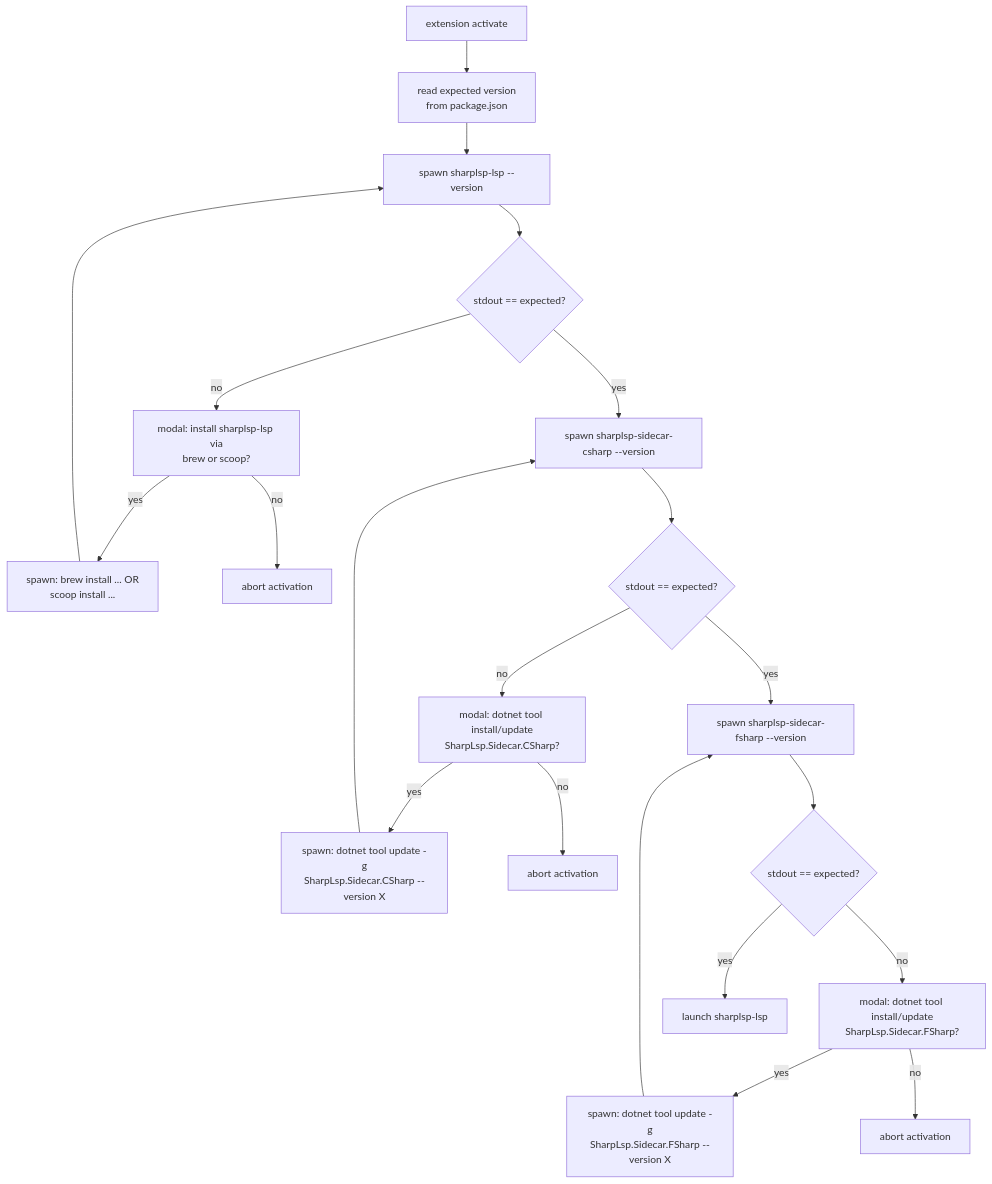
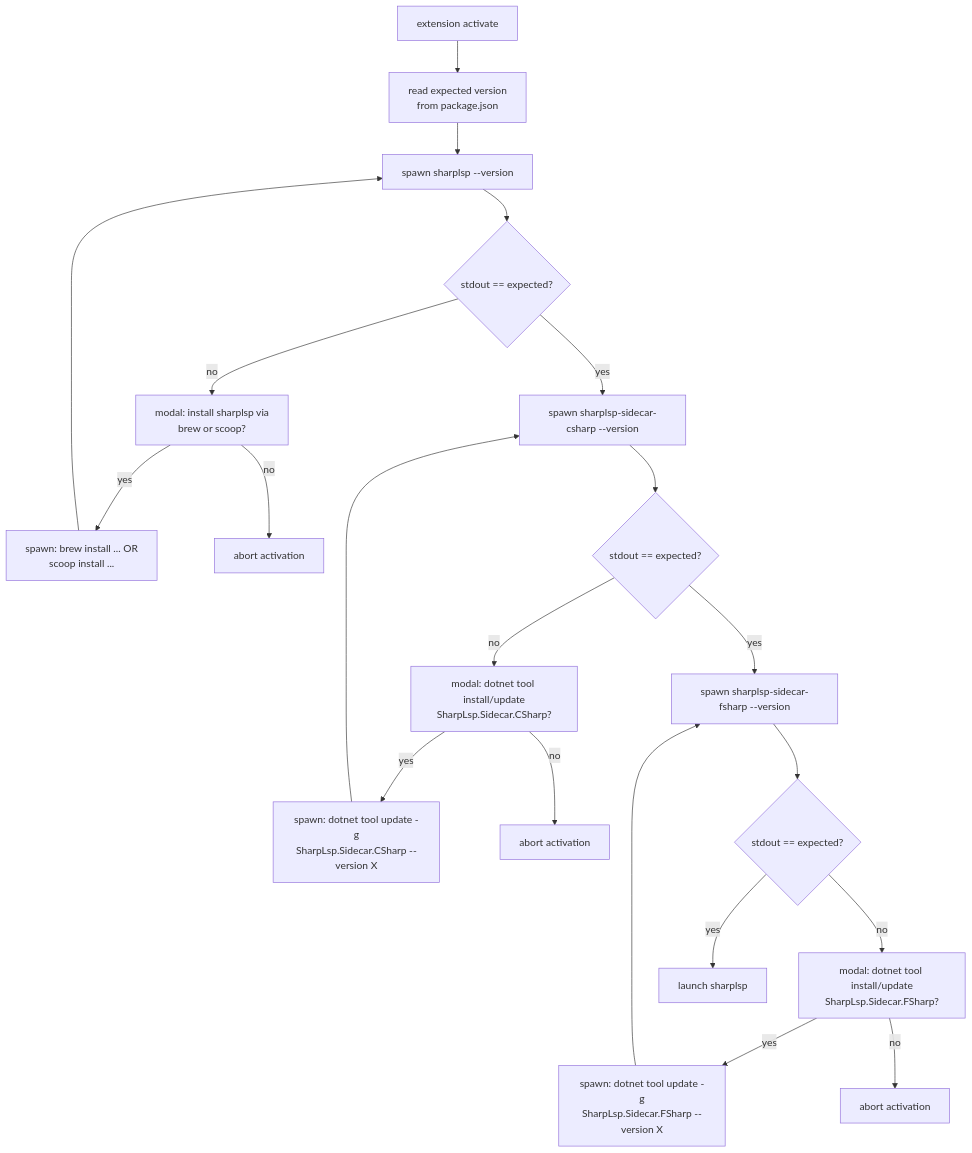
Before and after one commit to Nimblesite/SharpLsp: the second of 2 diagrams in docs/specs/BINARY-DEPLOYMENT.md, drawn with Mermaid. The commit also changed other lines of this file and 64 other files, not shown here.

````diff
--- a/docs/specs/BINARY-DEPLOYMENT.md
+++ b/docs/specs/BINARY-DEPLOYMENT.md
@@ -55,23 +55,23 @@
 ```mermaid
 flowchart TD
     Activate[extension activate] --> Expected["read expected version<br/>from package.json"]
-    Expected --> CheckLSP["spawn sharplsp-lsp --version"]
+    Expected --> CheckLSP["spawn sharplsp --version"]
     CheckLSP --> LSPok{stdout == expected?}
-    LSPok -- no --> PromptLSP["modal: install sharplsp-lsp via<br/>brew or scoop?"]
+    LSPok -- no --> PromptLSP["modal: install sharplsp via<br/>brew or scoop?"]
     PromptLSP -- yes --> RunPM1["spawn: brew install ... OR<br/>scoop install ..."]
     PromptLSP -- no --> Abort1[abort activation]
     RunPM1 --> CheckLSP
     LSPok -- yes --> CheckCS["spawn sharplsp-sidecar-csharp --version"]
     CheckCS --> CSok{stdout == expected?}
     CSok -- no --> PromptCS["modal: dotnet tool install/update<br/>SharpLsp.Sidecar.CSharp?"]
     PromptCS -- yes --> RunPM2["spawn: dotnet tool update -g<br/>SharpLsp.Sidecar.CSharp --version X"]
     PromptCS -- no --> Abort2[abort activation]
     RunPM2 --> CheckCS
     CSok -- yes --> CheckFS["spawn sharplsp-sidecar-fsharp --version"]
     CheckFS --> FSok{stdout == expected?}
     FSok -- no --> PromptFS["modal: dotnet tool install/update<br/>SharpLsp.Sidecar.FSharp?"]
     PromptFS -- yes --> RunPM3["spawn: dotnet tool update -g<br/>SharpLsp.Sidecar.FSharp --version X"]
     PromptFS -- no --> Abort3[abort activation]
     RunPM3 --> CheckFS
-    FSok -- yes --> Launch[launch sharplsp-lsp]
+    FSok -- yes --> Launch[launch sharplsp]
 ```
````
